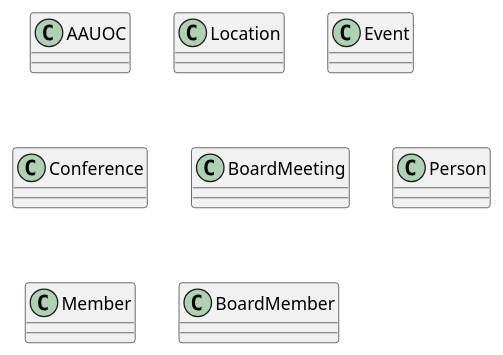
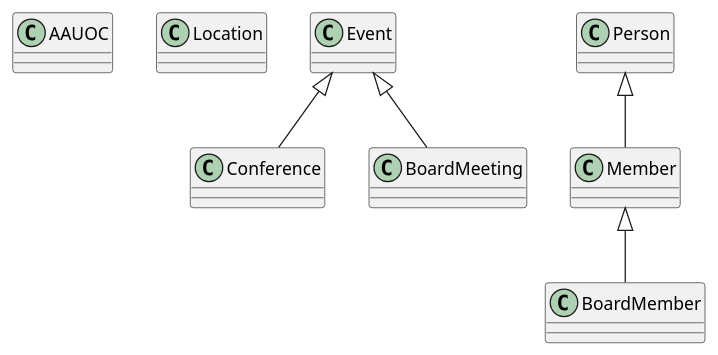
One commit to Dierez87/UMLClasesDiego changed the diagram in Test.puml. Above: the diagram before and after it, drawn with PlantUML.

Commit message:
Relacion primera parte

```diff
--- a/Test.puml
+++ b/Test.puml
@@ -1,19 +1,27 @@
 @startuml
 
 class AAUOC
 
 class Location
 
 class Event
 
 class Conference
 
+Event <|-- Conference
+
 class BoardMeeting
+
+Event <|-- BoardMeeting
 
 class Person
 
 class Member
 
+Person <|-- Member
+
 class BoardMember
 
+Member <|-- BoardMember
+
 @enduml
```
